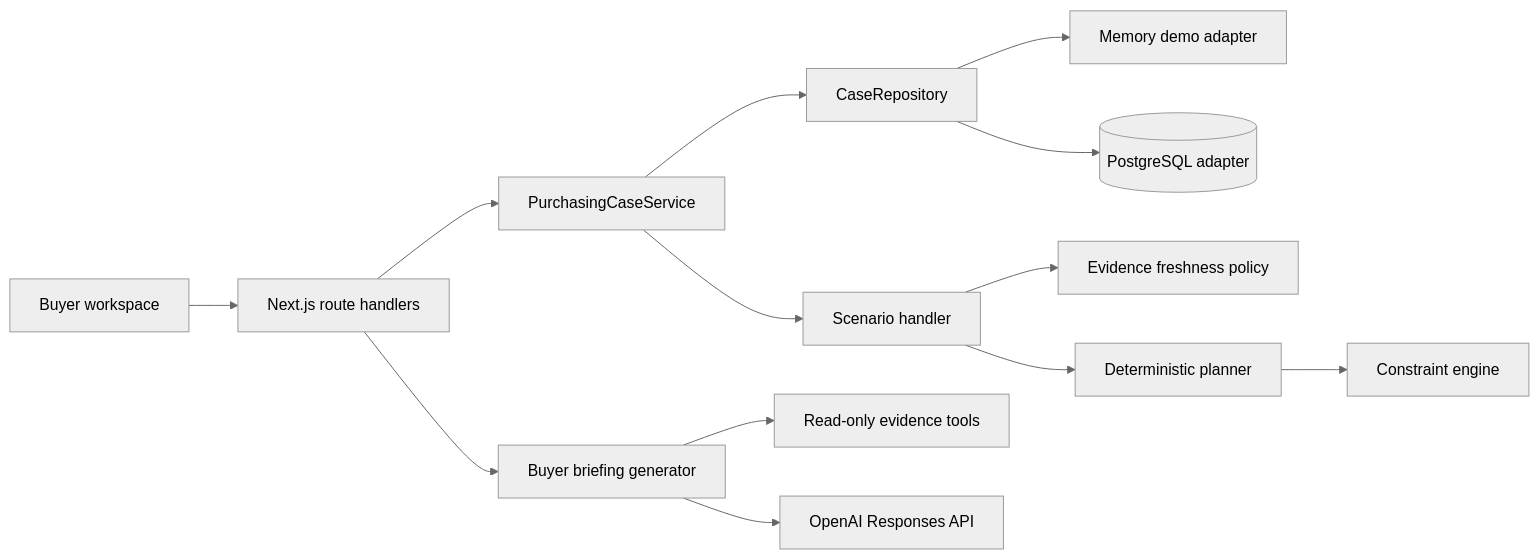
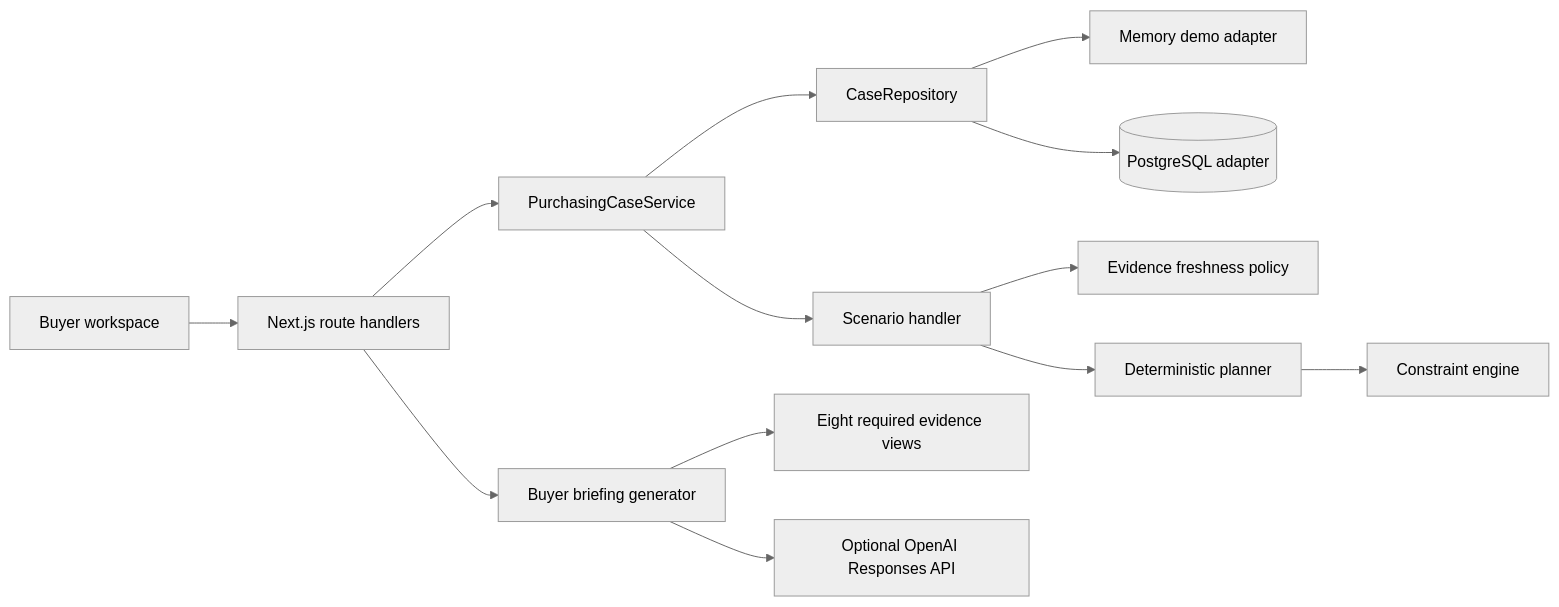
Before and after one commit to snehilsaini/ai-purchasing-agent: the first of 2 diagrams in docs/architecture.md, drawn with Mermaid (neutral theme). The commit also changed other lines of this file and 4 other files, not shown here.

````diff
--- a/docs/architecture.md
+++ b/docs/architecture.md
@@ -7,15 +7,15 @@
 ```mermaid
 flowchart LR
     UI[Buyer workspace] --> API[Next.js route handlers]
     API --> WF[PurchasingCaseService]
     WF --> REPO[CaseRepository]
     REPO --> MEM[Memory demo adapter]
     REPO --> PG[(PostgreSQL adapter)]
     WF --> ANALYZE[Scenario handler]
     ANALYZE --> FRESH[Evidence freshness policy]
     ANALYZE --> PLAN[Deterministic planner]
     PLAN --> RULES[Constraint engine]
     API --> AGENT[Buyer briefing generator]
-    AGENT --> READ[Read-only evidence tools]
-    AGENT --> LLM[OpenAI Responses API]
+    AGENT --> READ[Eight required evidence views]
+    AGENT --> LLM[Optional OpenAI Responses API]
 ```
````
